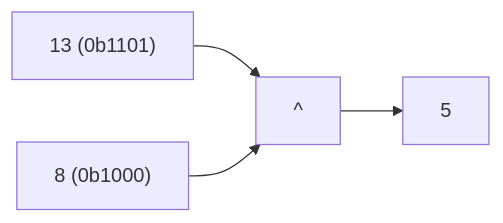
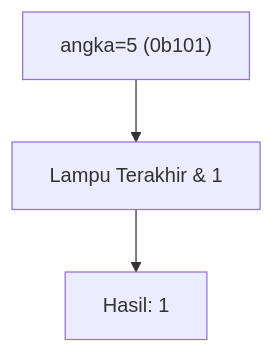
One commit to amnahwaida/OSNK_INF_PREP changed the ninth of 25 diagrams in part-c-pemahaman-cpp/06-bitwise/latihan/set-08.md. Above: the diagram before and after it, drawn with Mermaid. The commit also changed other lines of this file and 71 other files, not shown here.

````diff
--- a/part-c-pemahaman-cpp/06-bitwise/latihan/set-08.md
+++ b/part-c-pemahaman-cpp/06-bitwise/latihan/set-08.md
@@ -231,6 +240,5 @@
 ```mermaid
-graph LR
-A["13 (0b1101)"] --> C["^"]
-B["8 (0b1000)"] --> C
-C --> D["5"]
+graph TD
+A["angka=5 (0b101)"] --> B["Lampu Terakhir & 1"]
+B --> C["Hasil: 1"]
 ```
````
